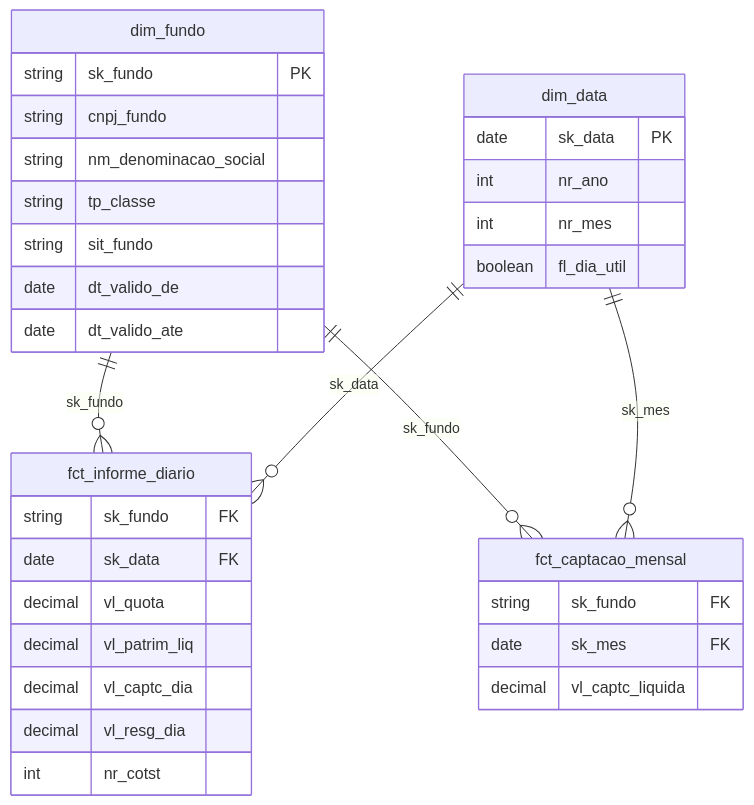
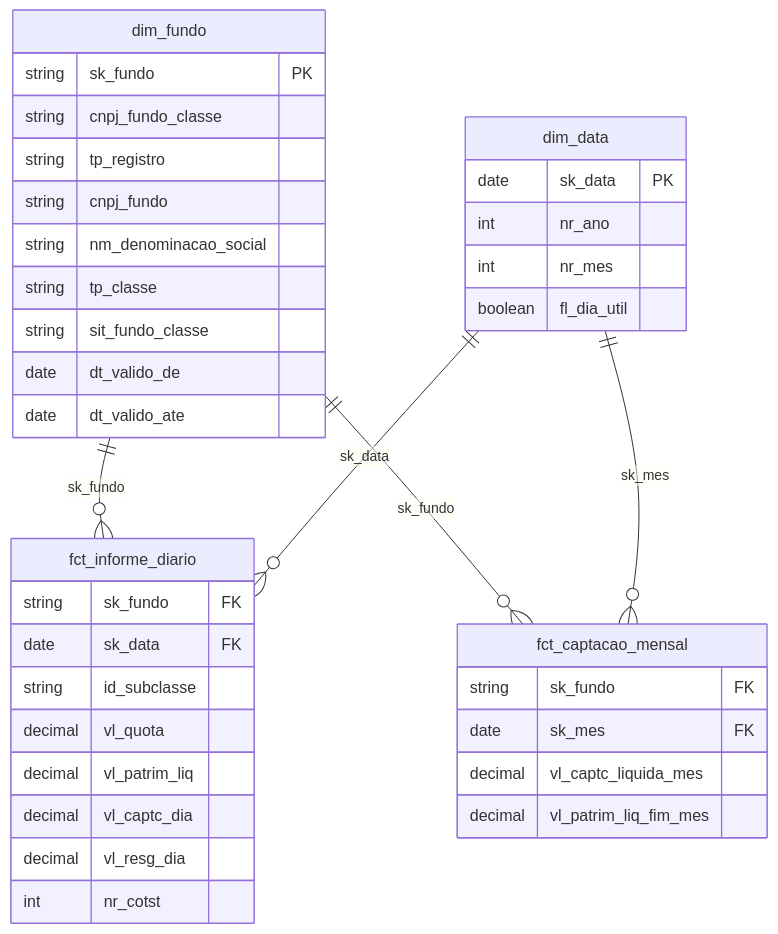
Before and after one commit to thalesreiser/dbt-dw-api: the second of 2 diagrams in README.md, drawn with Mermaid. The commit also changed other lines of this file and 3 other files, not shown here.

````diff
--- a/README.md
+++ b/README.md
@@ -63,37 +63,41 @@
 ```mermaid
 erDiagram
   dim_fundo ||--o{ fct_informe_diario : "sk_fundo"
   dim_data  ||--o{ fct_informe_diario : "sk_data"
   dim_fundo ||--o{ fct_captacao_mensal : "sk_fundo"
   dim_data  ||--o{ fct_captacao_mensal : "sk_mes"
 
   dim_fundo {
     string sk_fundo PK
+    string cnpj_fundo_classe
+    string tp_registro
     string cnpj_fundo
     string nm_denominacao_social
     string tp_classe
-    string sit_fundo
+    string sit_fundo_classe
     date dt_valido_de
     date dt_valido_ate
   }
   dim_data {
     date sk_data PK
     int nr_ano
     int nr_mes
     boolean fl_dia_util
   }
   fct_informe_diario {
     string sk_fundo FK
     date sk_data FK
+    string id_subclasse
     decimal vl_quota
     decimal vl_patrim_liq
     decimal vl_captc_dia
     decimal vl_resg_dia
     int nr_cotst
   }
   fct_captacao_mensal {
     string sk_fundo FK
     date sk_mes FK
-    decimal vl_captc_liquida
+    decimal vl_captc_liquida_mes
+    decimal vl_patrim_liq_fim_mes
   }
 ```
````
